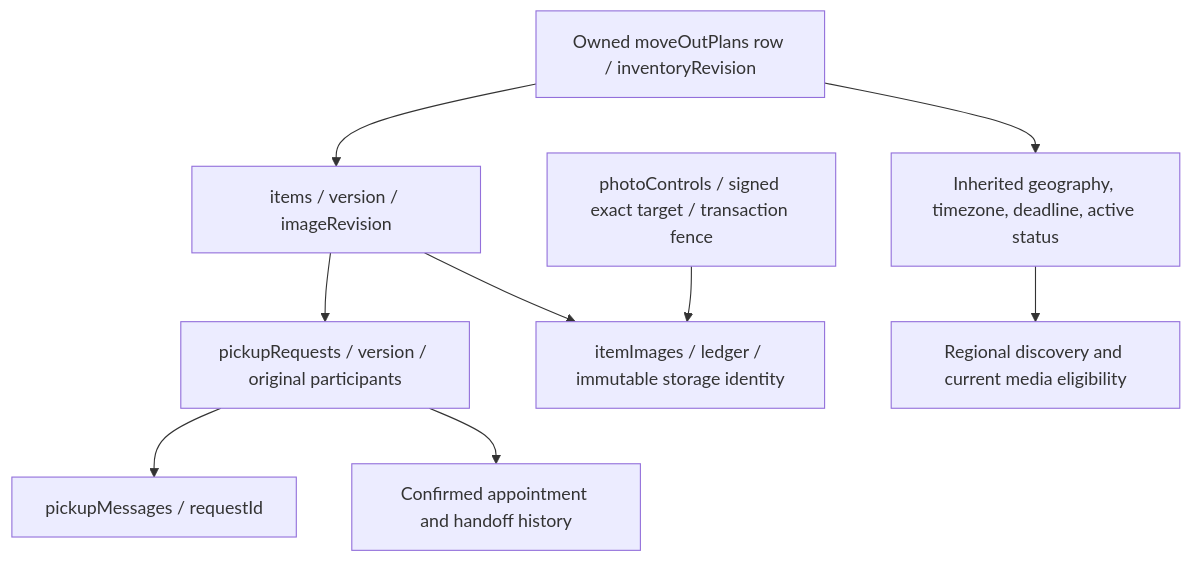
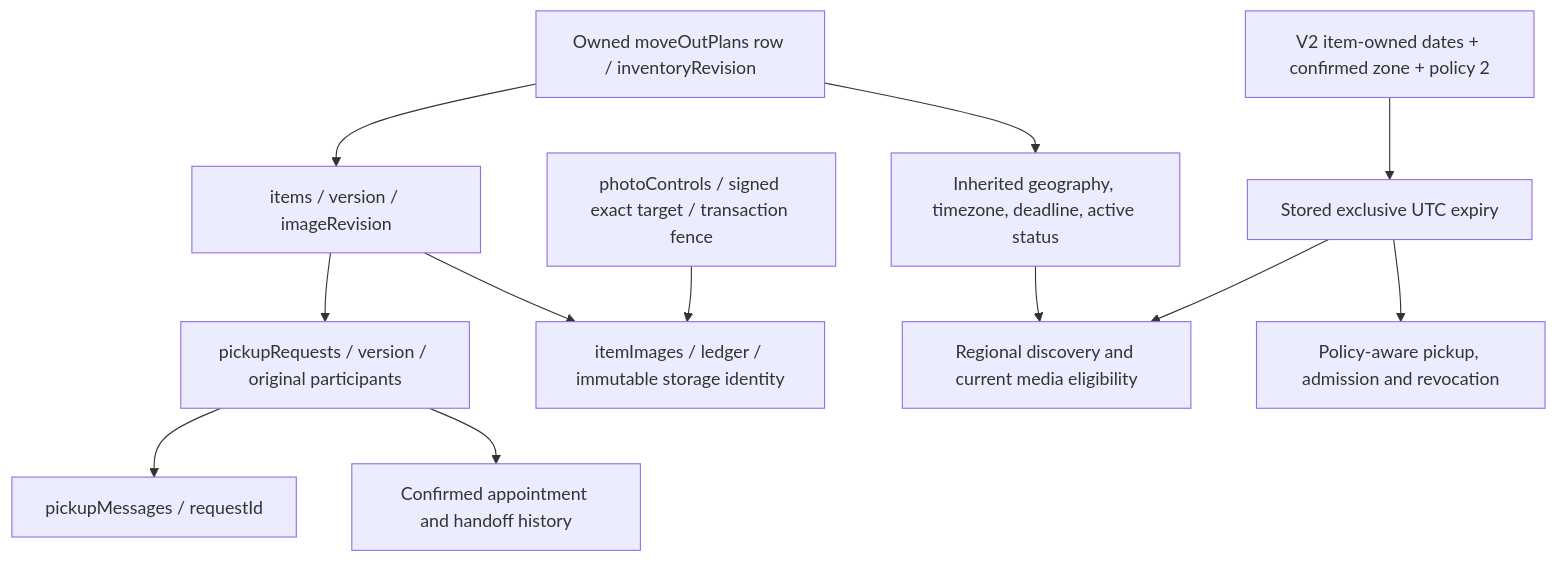
One commit to hhdg1515/fullstack-capstone-project changed the diagram in docs/milestone-6.6-ux2a-item-first-architecture.md. Above: the diagram before and after it, drawn with Mermaid. The commit also changed other lines of this file, not shown here.

````diff
--- a/docs/milestone-6.6-ux2a-item-first-architecture.md
+++ b/docs/milestone-6.6-ux2a-item-first-architecture.md
@@ -40,11 +41,14 @@
 ```mermaid
 flowchart TD
   P[Owned moveOutPlans row / inventoryRevision] --> I[items / version / imageRevision]
   P --> L[Inherited geography, timezone, deadline, active status]
   I --> R[pickupRequests / version / original participants]
   R --> M[pickupMessages / requestId]
   I --> F[itemImages / ledger / immutable storage identity]
   C[photoControls / signed exact target / transaction fence] --> F
   L --> D[Regional discovery and current media eligibility]
+  V[V2 item-owned dates + confirmed zone + policy 2] --> X[Stored exclusive UTC expiry]
+  X --> D
+  X --> A[Policy-aware pickup, admission and revocation]
   R --> H[Confirmed appointment and handoff history]
 ```
````
